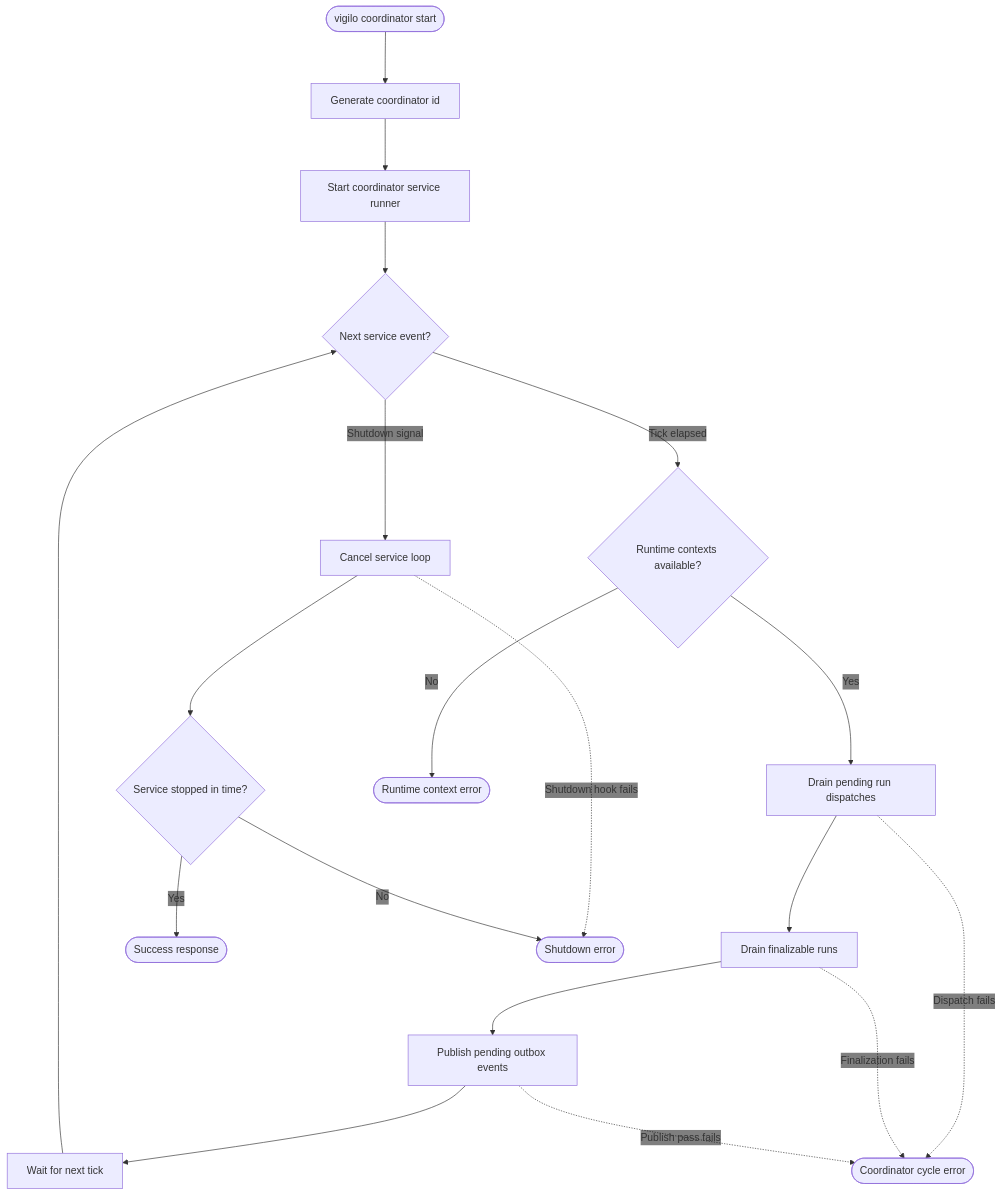
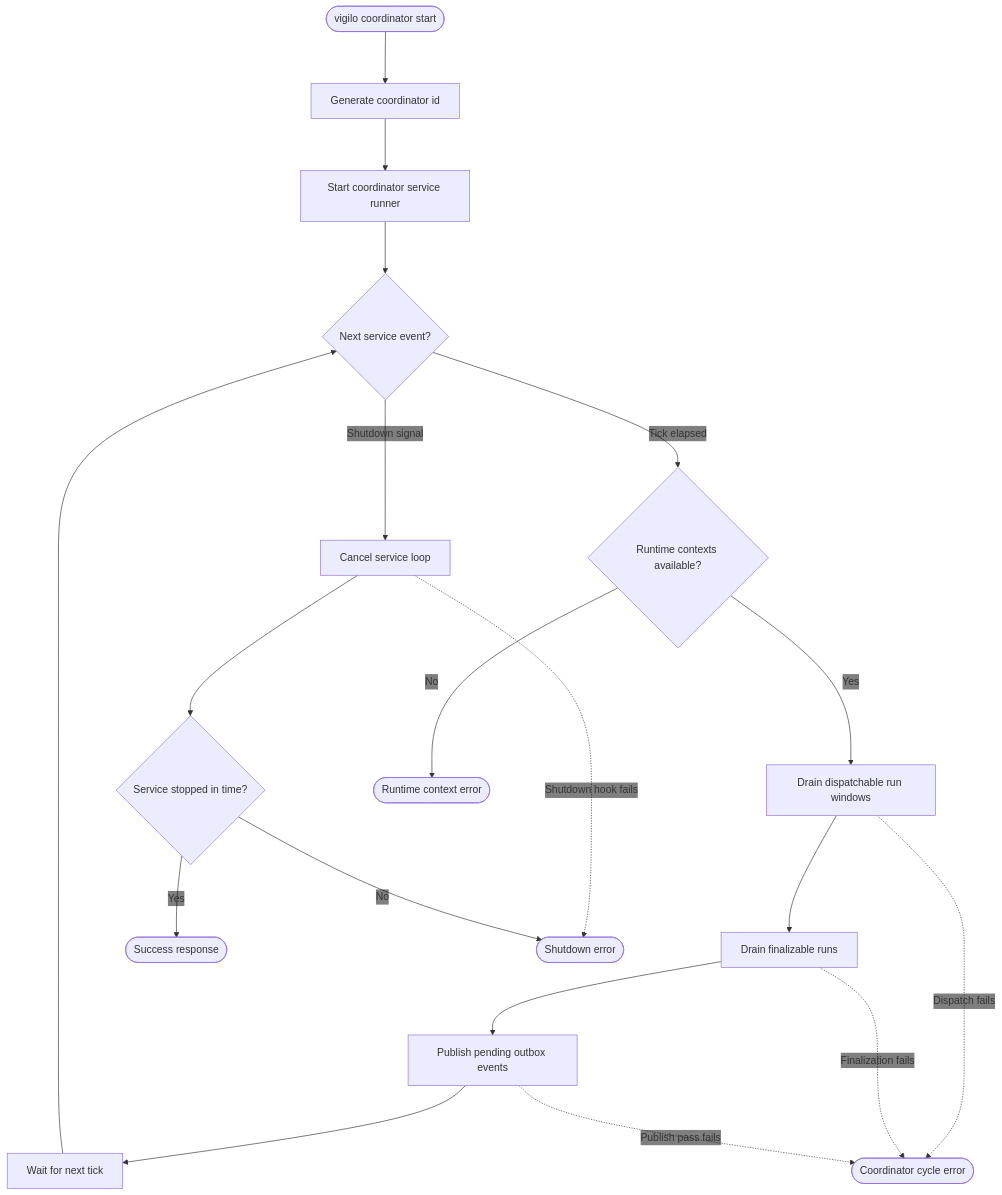
The diagram in web/docs/architecture/flows/coordinator/start/decision-flow.mmd (gregl83/agent-vigilo), drawn with Mermaid before and after one commit. The commit also changed 19 other files, not shown here.

```diff
--- a/web/docs/architecture/flows/coordinator/start/decision-flow.mmd
+++ b/web/docs/architecture/flows/coordinator/start/decision-flow.mmd
@@ -1,59 +1,59 @@
 ---
 config:
   flowchart:
     nodeSpacing: 150
     rankSpacing: 80
   themeVariables:
     edgeLabelBackground: 'transparent'
 ---
 flowchart TD
     Start([vigilo coordinator start])
 
     CoordinatorId[Generate coordinator id]
     Runner[Start coordinator service runner]
     Event{Next service event?}
     Contexts{Runtime contexts available?}
-    Dispatch[Drain pending run dispatches]
+    Dispatch[Drain dispatchable run windows]
     Finalize[Drain finalizable runs]
     Outbox[Publish pending outbox events]
     Wait[Wait for next tick]
     Shutdown[Cancel service loop]
     Stop{Service stopped in time?}
 
     Success([Success response])
 
     ContextFail([Runtime context error])
     CycleFail([Coordinator cycle error])
     ShutdownFail([Shutdown error])
 
     Start --> CoordinatorId
     CoordinatorId --> Runner
     Runner --> Event
 
     Event -- Tick elapsed --> Contexts
     Event -- Shutdown signal --> Shutdown
 
     Contexts -- No --> ContextFail
     Contexts -- Yes --> Dispatch
 
     Dispatch --> Finalize
     Dispatch -. Dispatch fails .-> CycleFail
 
     Finalize --> Outbox
     Finalize -. Finalization fails .-> CycleFail
 
     Outbox --> Wait
     Outbox -. Publish pass fails .-> CycleFail
 
     Wait --> Event
 
     Shutdown --> Stop
     Shutdown -. Shutdown hook fails .-> ShutdownFail
 
     Stop -- Yes --> Success
     Stop -- No --> ShutdownFail
 
     class Start command
     class Success success
     class CoordinatorId,Runner,Event,Contexts,Dispatch,Finalize,Outbox,Wait,Shutdown,Stop system
     class ContextFail,CycleFail,ShutdownFail error
```
